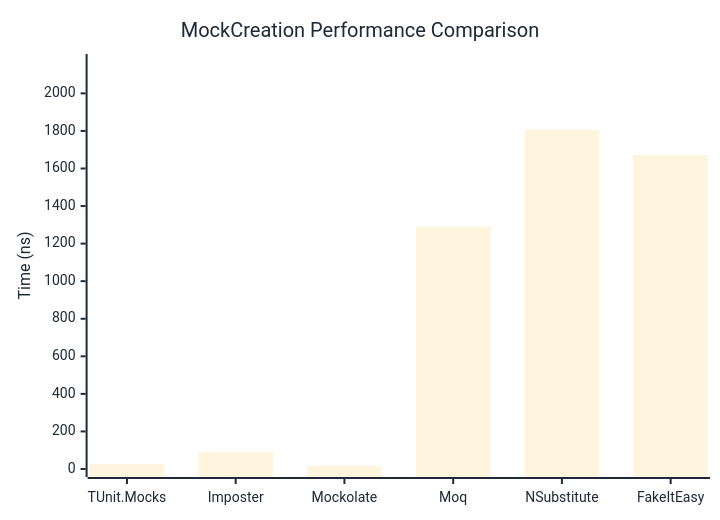
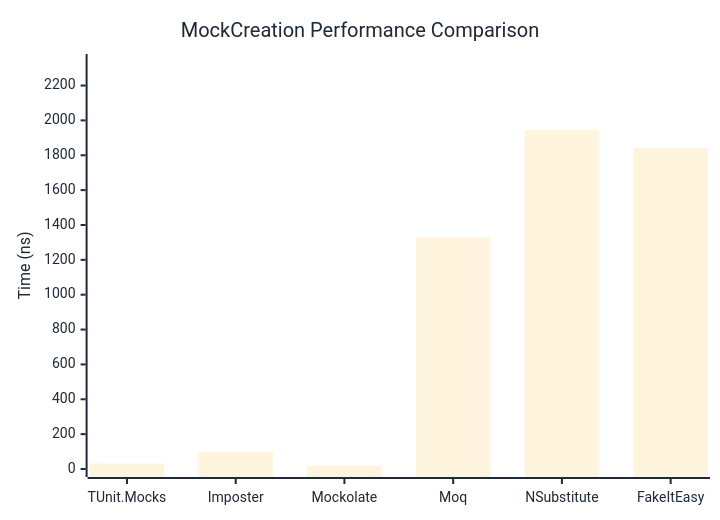
The first of 2 diagrams in docs/docs/benchmarks/mocks/MockCreation.md (thomhurst/TUnit), drawn with Mermaid before and after one commit. The commit also changed other lines of this file and 14 other files, not shown here.

````diff
--- a/docs/docs/benchmarks/mocks/MockCreation.md
+++ b/docs/docs/benchmarks/mocks/MockCreation.md
@@ -30,27 +30,27 @@
 ```mermaid
 %%{init: {
   'theme':'base',
   'themeVariables': {
     'primaryColor': '#2563eb',
     'primaryTextColor': '#1f2937',
     'primaryBorderColor': '#1e40af',
     'lineColor': '#6b7280',
     'secondaryColor': '#7c3aed',
     'tertiaryColor': '#dc2626',
     'background': '#ffffff',
     'pie1': '#2563eb',
     'pie2': '#7c3aed',
     'pie3': '#dc2626',
     'pie4': '#f59e0b',
     'pie5': '#10b981',
     'pie6': '#06b6d4',
     'pie7': '#ec4899',
     'pie8': '#6366f1'
   }
 }}%%
 xychart-beta
   title "MockCreation Performance Comparison"
   x-axis ["TUnit.Mocks", "Imposter", "Mockolate", "Moq", "NSubstitute", "FakeItEasy"]
-  y-axis "Time (ns)" 0 --> 2167
-  bar [27.06, 90.21, 17.23, 1289.24, 1805.76, 1671.7]
+  y-axis "Time (ns)" 0 --> 2335
+  bar [31.48, 99.82, 19.51, 1329.55, 1945.17, 1840.64]
 ```
````
